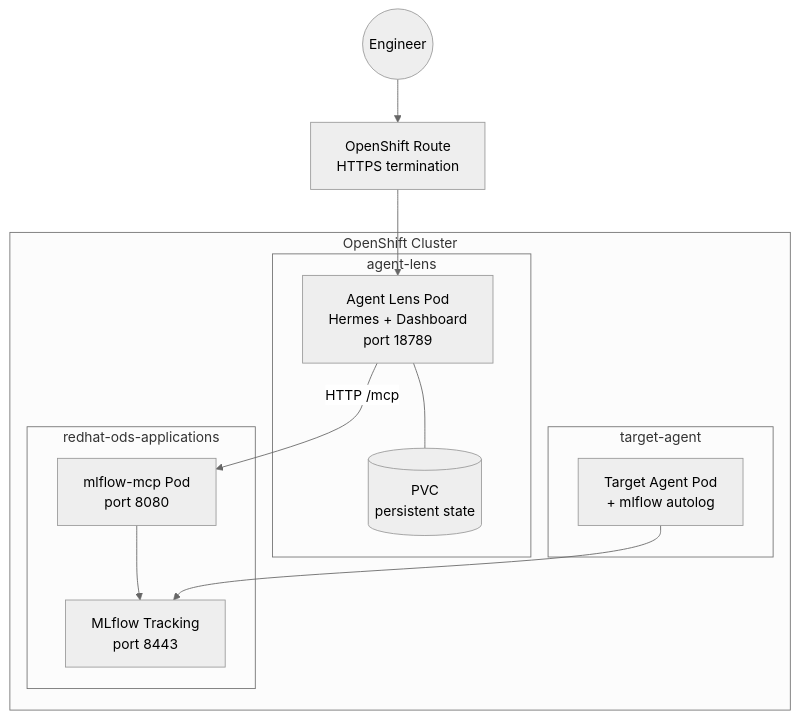
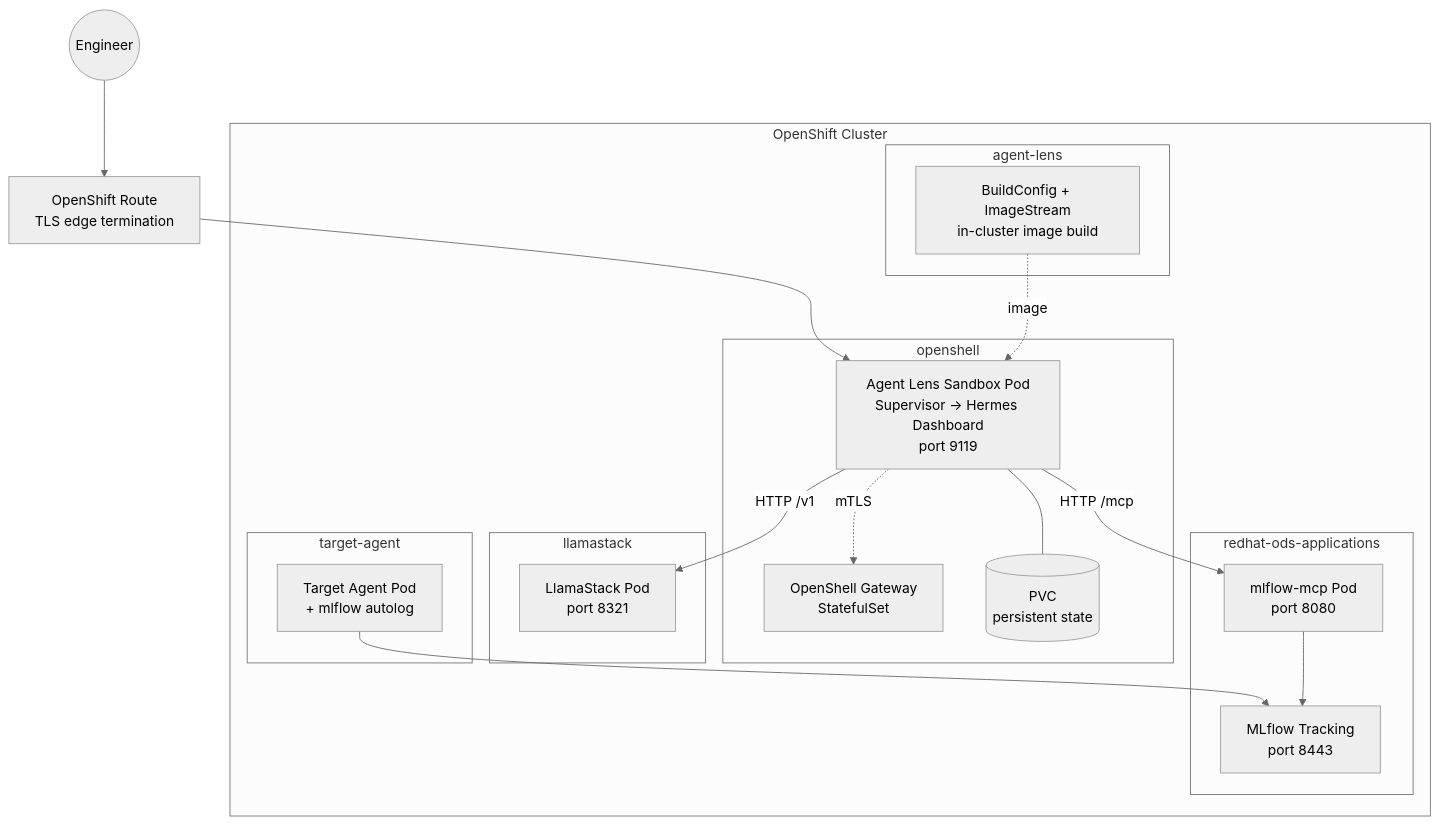
Before and after one commit to rrbanda/agent-lens: the fourth of 4 diagrams in docs/architecture.md, drawn with Mermaid. The commit also changed other lines of this file and 18 other files, not shown here.

First line of the commit message:
feat: OpenShell sandbox with mTLS, harness abstraction, enterprise docs

````diff
--- a/docs/architecture.md
+++ b/docs/architecture.md
@@ -135,27 +177,39 @@
 ```mermaid
 %%{init: {'theme': 'neutral'}}%%
 graph TB
     subgraph OpenShift Cluster
-        subgraph ns1[agent-lens]
-            AL[Agent Lens Pod<br/>Hermes + Dashboard<br/>port 18789]
+        subgraph ns0[openshell]
+            GW[OpenShell Gateway<br/>StatefulSet]
+            AL[Agent Lens Sandbox Pod<br/>Supervisor → Hermes Dashboard<br/>port 9119]
             PVC[(PVC<br/>persistent state)]
             AL --- PVC
+            AL -.->|mTLS| GW
+        end
+
+        subgraph ns1[agent-lens]
+            BC[BuildConfig + ImageStream<br/>in-cluster image build]
         end
 
         subgraph ns2[redhat-ods-applications]
             MCP_POD[mlflow-mcp Pod<br/>port 8080]
             MLF[MLflow Tracking<br/>port 8443]
             MCP_POD --> MLF
         end
 
-        subgraph ns3[target-agent]
+        subgraph ns3[llamastack]
+            LLM_POD[LlamaStack Pod<br/>port 8321]
+        end
+
+        subgraph ns4[target-agent]
             TA[Target Agent Pod<br/>+ mlflow autolog]
             TA --> MLF
         end
 
         AL -->|HTTP /mcp| MCP_POD
+        AL -->|HTTP /v1| LLM_POD
+        BC -.->|image| AL
     end
 
-    Route[OpenShift Route<br/>HTTPS termination] --> AL
+    Route[OpenShift Route<br/>TLS edge termination] --> AL
     User((Engineer)) --> Route
 ```
````
